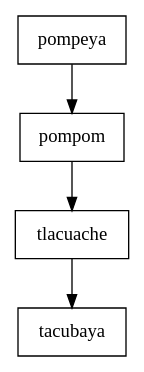
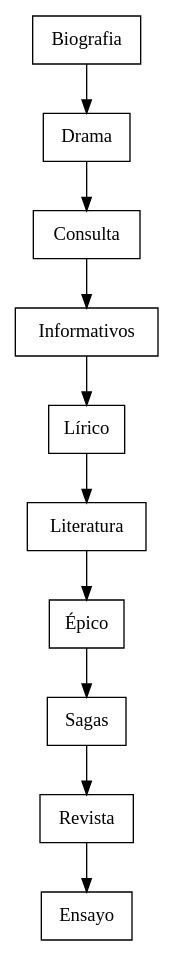
One commit to carlostex98/Block-Lib changed the diagram in avl_postorden.dot. Above: the diagram before and after it, drawn with Graphviz. The commit also changed 26 other files, not shown here.

```diff
--- a/avl_postorden.dot
+++ b/avl_postorden.dot
@@ -1,11 +1,23 @@
 digraph sls{
 node [shape=record];
-pompeya[label="pompeya " ]; 
-pompom[label="pompom " ]; 
-pompeya ->pompom
-;tlacuache[label="tlacuache " ]; 
-pompom ->tlacuache
-;tacubaya[label="tacubaya " ]; 
-tlacuache ->tacubaya
+Biografia[label="Biografia " ]; 
+Drama[label="Drama " ]; 
+Biografia ->Drama
+;Consulta[label="Consulta " ]; 
+Drama ->Consulta
+;Informativos[label="Informativos " ]; 
+Consulta ->Informativos
+;Lírico[label="Lírico " ]; 
+Informativos ->Lírico
+;Literatura[label="Literatura " ]; 
+Lírico ->Literatura
+;Épico[label="Épico " ]; 
+Literatura ->Épico
+;Sagas[label="Sagas " ]; 
+Épico ->Sagas
+;Revista[label="Revista " ]; 
+Sagas ->Revista
+;Ensayo[label="Ensayo " ]; 
+Revista ->Ensayo
 ;
 }
```
